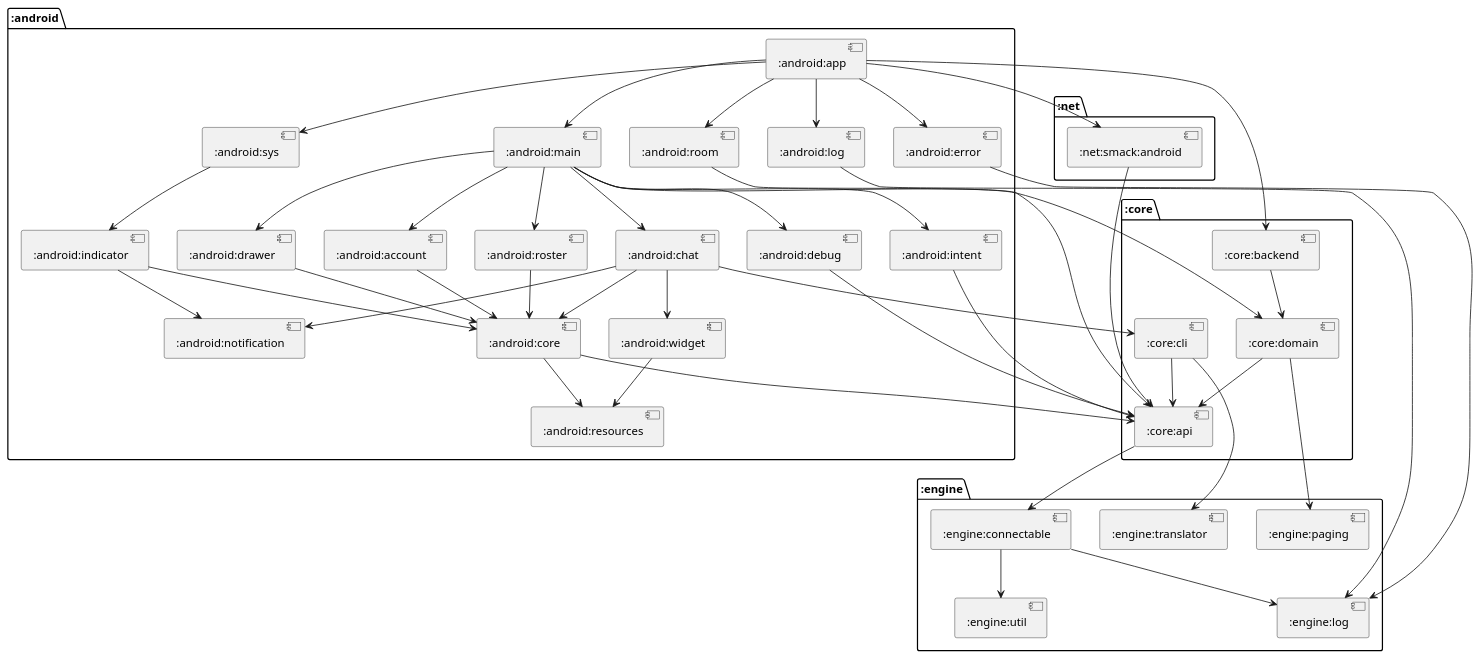
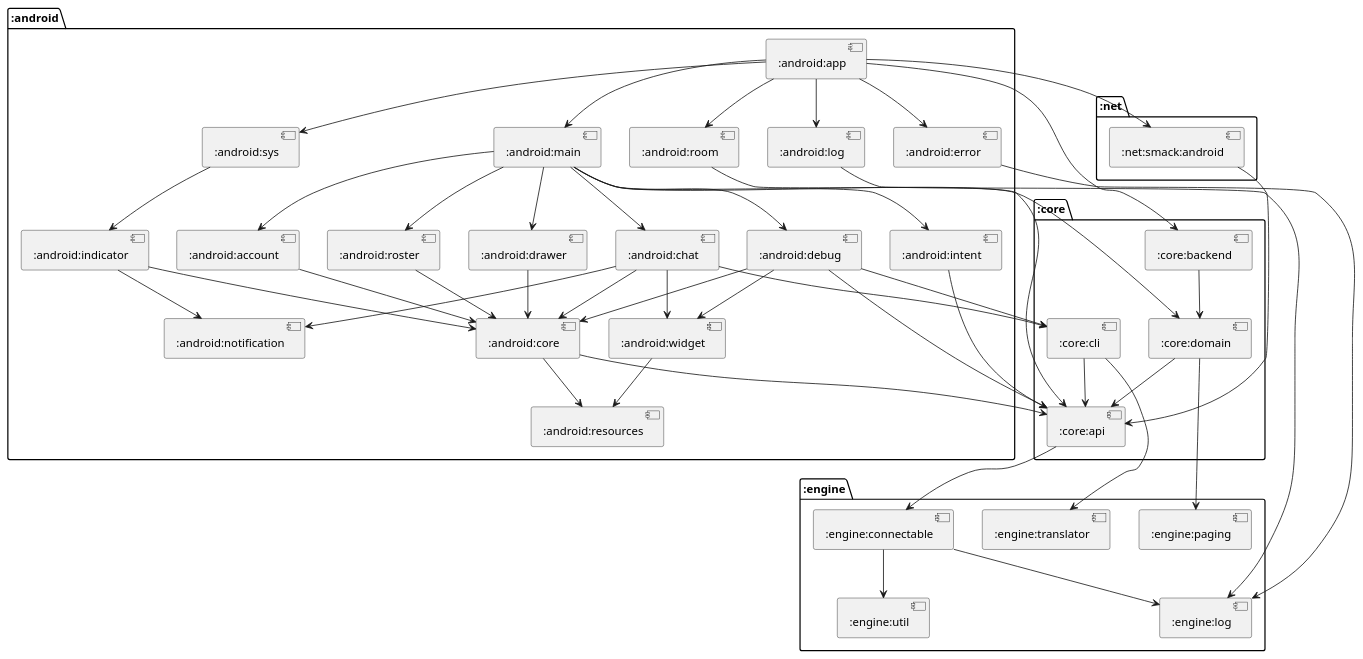
The diagram in docs/modules/puml/:android:app.puml (cryptopunkscc/crypton), drawn with PlantUML before and after one commit. The commit also changed 41 other files, not shown here.

```diff
--- a/docs/modules/puml/:android:app.puml
+++ b/docs/modules/puml/:android:app.puml
@@ -1,78 +1,81 @@
 @startuml
 package ":core" {
 [:core:backend]
 [:core:domain]
 [:core:api]
 [:core:cli]
 }
 package ":net" {
 [:net:smack:android]
 }
 package ":android" {
 [:android:room]
 [:android:sys]
 [:android:log]
 [:android:error]
 [:android:main]
 [:android:indicator]
 [:android:core]
 [:android:notification]
 [:android:resources]
 [:android:debug]
 [:android:intent]
 [:android:account]
 [:android:roster]
 [:android:chat]
 [:android:drawer]
 [:android:widget]
 [:android:app]
 }
 package ":engine" {
 [:engine:paging]
 [:engine:connectable]
 [:engine:util]
 [:engine:log]
 [:engine:translator]
 }
 [:core:backend] --> [:core:domain]
 [:net:smack:android] --> [:core:api]
 [:android:room] --> [:core:api]
 [:android:sys] --> [:android:indicator]
 [:android:log] --> [:engine:log]
 [:android:error] --> [:engine:log]
 [:android:main] --> [:android:debug]
 [:android:main] --> [:android:intent]
 [:android:main] --> [:android:account]
 [:android:main] --> [:android:roster]
 [:android:main] --> [:android:chat]
 [:android:main] --> [:android:drawer]
 [:android:main] --> [:core:domain]
 [:core:domain] --> [:engine:paging]
 [:core:domain] --> [:core:api]
 [:core:api] --> [:engine:connectable]
 [:engine:connectable] --> [:engine:util]
 [:engine:connectable] --> [:engine:log]
 [:android:indicator] --> [:android:core]
 [:android:indicator] --> [:android:notification]
 [:android:core] --> [:core:api]
 [:android:core] --> [:android:resources]
 [:android:debug] --> [:core:api]
+[:android:debug] --> [:core:cli]
+[:android:debug] --> [:android:core]
+[:android:debug] --> [:android:widget]
 [:android:intent] --> [:core:api]
 [:android:account] --> [:android:core]
 [:android:roster] --> [:android:core]
 [:android:chat] --> [:android:core]
 [:android:chat] --> [:android:notification]
 [:android:chat] --> [:android:widget]
 [:android:chat] --> [:core:cli]
 [:android:drawer] --> [:android:core]
-[:android:widget] --> [:android:resources]
 [:core:cli] --> [:engine:translator]
 [:core:cli] --> [:core:api]
+[:android:widget] --> [:android:resources]
 [:android:app] --> [:core:backend]
 [:android:app] --> [:net:smack:android]
 [:android:app] --> [:android:room]
 [:android:app] --> [:android:sys]
 [:android:app] --> [:android:log]
 [:android:app] --> [:android:error]
 [:android:app] --> [:android:main]
 @enduml
```
